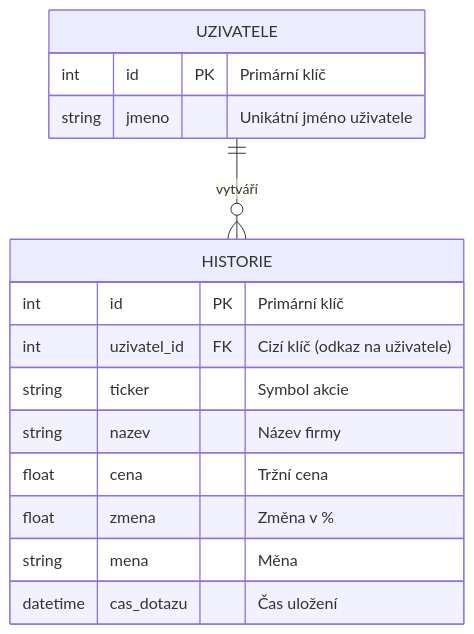
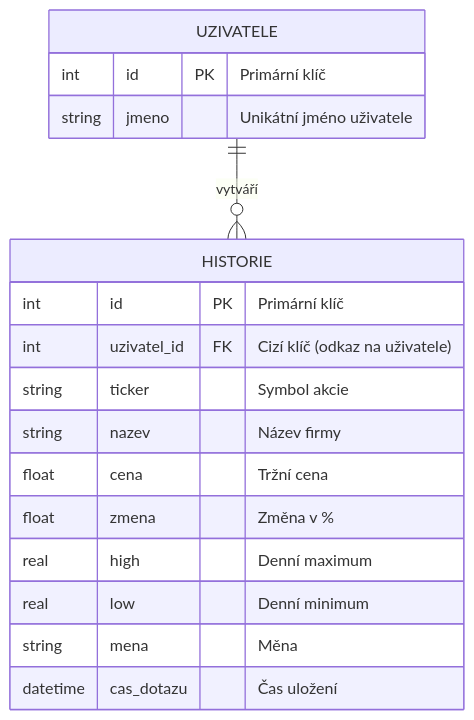
The diagram in README.md (peterkokminiak-dotcom/AnalyzatorAkcii), drawn with Mermaid before and after one commit.

````diff
--- a/README.md
+++ b/README.md
@@ -1,18 +1,20 @@
 ```mermaid
 erDiagram
     UZIVATELE ||--o{ HISTORIE : "vytváří"
     UZIVATELE {
         int id PK "Primární klíč"
         string jmeno "Unikátní jméno uživatele"
     }
     HISTORIE {
         int id PK "Primární klíč"
         int uzivatel_id FK "Cizí klíč (odkaz na uživatele)"
         string ticker "Symbol akcie"
         string nazev "Název firmy"
         float cena "Tržní cena"
         float zmena "Změna v %"
+        real high "Denní maximum"
+        real low "Denní minimum"
         string mena "Měna"
         datetime cas_dotazu "Čas uložení"
     }
 ```
````
